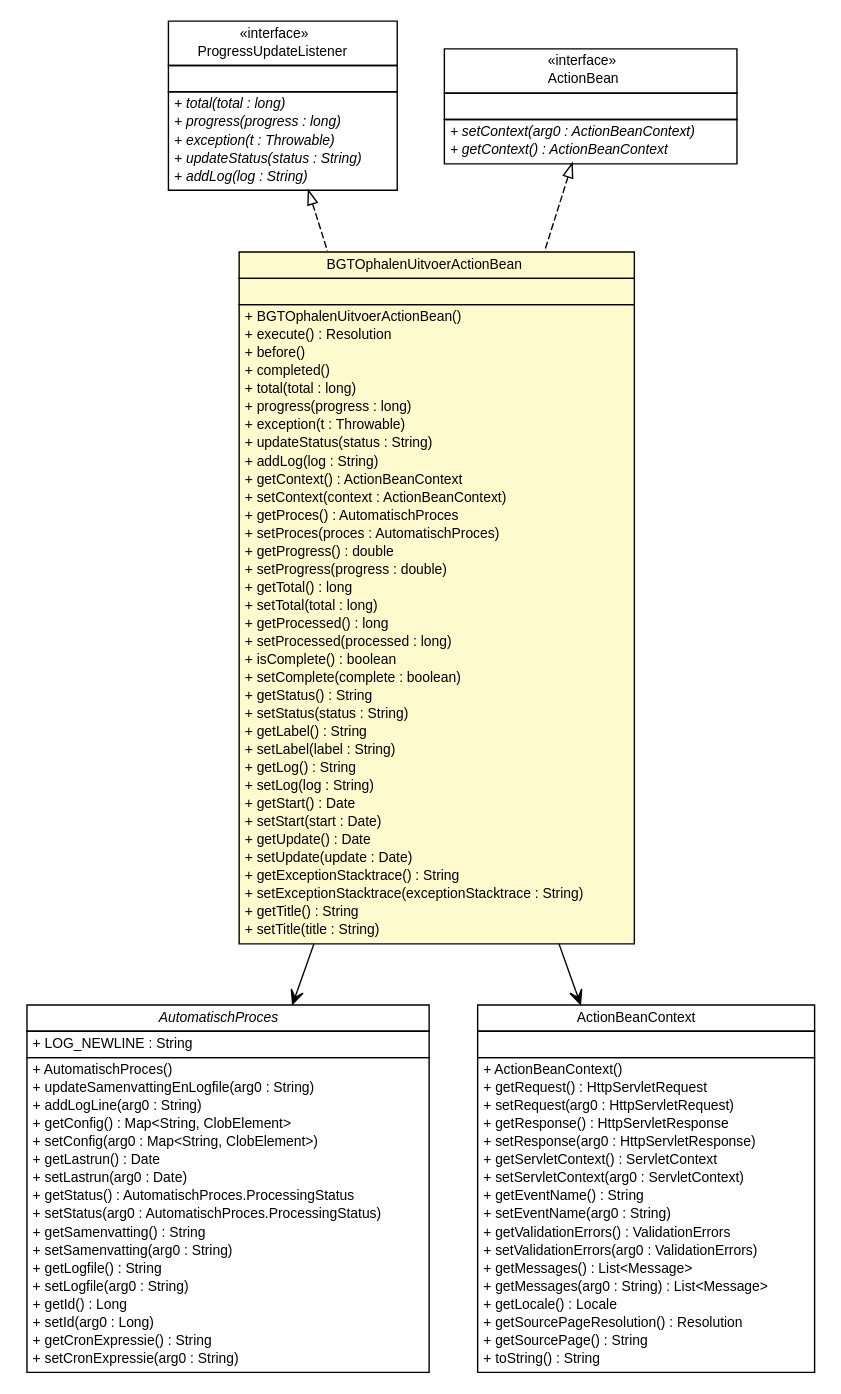
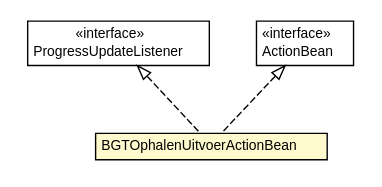
The diagram in brmo-service/apidocs/nl/b3p/brmo/service/stripes/BGTOphalenUitvoerActionBean.dot (B3Partners/brmo), drawn with Graphviz before and after one commit. The commit also changed 385 other files, not shown here.

```diff
--- a/brmo-service/apidocs/nl/b3p/brmo/service/stripes/BGTOphalenUitvoerActionBean.dot
+++ b/brmo-service/apidocs/nl/b3p/brmo/service/stripes/BGTOphalenUitvoerActionBean.dot
@@ -1,153 +1,36 @@
 #!/usr/local/bin/dot
 #
 # Class diagram 
 # Generated by UMLGraph version R5_6-24-gf6e263 (http://www.umlgraph.org/)
 #
 
 digraph G {
 	edge [fontname="Helvetica",fontsize=10,labelfontname="Helvetica",labelfontsize=10];
 	node [fontname="Helvetica",fontsize=10,shape=plaintext];
 	nodesep=0.25;
 	ranksep=0.5;
 	// nl.b3p.brmo.service.stripes.BGTOphalenUitvoerActionBean
-	c653 [label=<<table title="nl.b3p.brmo.service.stripes.BGTOphalenUitvoerActionBean" border="0" cellborder="1" cellspacing="0" cellpadding="2" port="p" bgcolor="lemonChiffon" href="./BGTOphalenUitvoerActionBean.html">
+	c613 [label=<<table title="nl.b3p.brmo.service.stripes.BGTOphalenUitvoerActionBean" border="0" cellborder="1" cellspacing="0" cellpadding="2" port="p" bgcolor="lemonChiffon" href="./BGTOphalenUitvoerActionBean.html">
 		<tr><td><table border="0" cellspacing="0" cellpadding="1">
 <tr><td align="center" balign="center"> BGTOphalenUitvoerActionBean </td></tr>
 		</table></td></tr>
-		<tr><td><table border="0" cellspacing="0" cellpadding="1">
-<tr><td align="left" balign="left">  </td></tr>
-		</table></td></tr>
-		<tr><td><table border="0" cellspacing="0" cellpadding="1">
-<tr><td align="left" balign="left"> + BGTOphalenUitvoerActionBean() </td></tr>
-<tr><td align="left" balign="left"> + execute() : Resolution </td></tr>
-<tr><td align="left" balign="left"> + before() </td></tr>
-<tr><td align="left" balign="left"> + completed() </td></tr>
-<tr><td align="left" balign="left"> + total(total : long) </td></tr>
-<tr><td align="left" balign="left"> + progress(progress : long) </td></tr>
-<tr><td align="left" balign="left"> + exception(t : Throwable) </td></tr>
-<tr><td align="left" balign="left"> + updateStatus(status : String) </td></tr>
-<tr><td align="left" balign="left"> + addLog(log : String) </td></tr>
-<tr><td align="left" balign="left"> + getContext() : ActionBeanContext </td></tr>
-<tr><td align="left" balign="left"> + setContext(context : ActionBeanContext) </td></tr>
-<tr><td align="left" balign="left"> + getProces() : AutomatischProces </td></tr>
-<tr><td align="left" balign="left"> + setProces(proces : AutomatischProces) </td></tr>
-<tr><td align="left" balign="left"> + getProgress() : double </td></tr>
-<tr><td align="left" balign="left"> + setProgress(progress : double) </td></tr>
-<tr><td align="left" balign="left"> + getTotal() : long </td></tr>
-<tr><td align="left" balign="left"> + setTotal(total : long) </td></tr>
-<tr><td align="left" balign="left"> + getProcessed() : long </td></tr>
-<tr><td align="left" balign="left"> + setProcessed(processed : long) </td></tr>
-<tr><td align="left" balign="left"> + isComplete() : boolean </td></tr>
-<tr><td align="left" balign="left"> + setComplete(complete : boolean) </td></tr>
-<tr><td align="left" balign="left"> + getStatus() : String </td></tr>
-<tr><td align="left" balign="left"> + setStatus(status : String) </td></tr>
-<tr><td align="left" balign="left"> + getLabel() : String </td></tr>
-<tr><td align="left" balign="left"> + setLabel(label : String) </td></tr>
-<tr><td align="left" balign="left"> + getLog() : String </td></tr>
-<tr><td align="left" balign="left"> + setLog(log : String) </td></tr>
-<tr><td align="left" balign="left"> + getStart() : Date </td></tr>
-<tr><td align="left" balign="left"> + setStart(start : Date) </td></tr>
-<tr><td align="left" balign="left"> + getUpdate() : Date </td></tr>
-<tr><td align="left" balign="left"> + setUpdate(update : Date) </td></tr>
-<tr><td align="left" balign="left"> + getExceptionStacktrace() : String </td></tr>
-<tr><td align="left" balign="left"> + setExceptionStacktrace(exceptionStacktrace : String) </td></tr>
-<tr><td align="left" balign="left"> + getTitle() : String </td></tr>
-<tr><td align="left" balign="left"> + setTitle(title : String) </td></tr>
-		</table></td></tr>
 		</table>>, URL="./BGTOphalenUitvoerActionBean.html", fontname="Helvetica", fontcolor="black", fontsize=10.0];
 	// nl.b3p.brmo.service.scanner.ProgressUpdateListener
-	c668 [label=<<table title="nl.b3p.brmo.service.scanner.ProgressUpdateListener" border="0" cellborder="1" cellspacing="0" cellpadding="2" port="p" href="../scanner/ProgressUpdateListener.html">
+	c628 [label=<<table title="nl.b3p.brmo.service.scanner.ProgressUpdateListener" border="0" cellborder="1" cellspacing="0" cellpadding="2" port="p" href="../scanner/ProgressUpdateListener.html">
 		<tr><td><table border="0" cellspacing="0" cellpadding="1">
 <tr><td align="center" balign="center"> &#171;interface&#187; </td></tr>
 <tr><td align="center" balign="center"> ProgressUpdateListener </td></tr>
 		</table></td></tr>
-		<tr><td><table border="0" cellspacing="0" cellpadding="1">
-<tr><td align="left" balign="left">  </td></tr>
-		</table></td></tr>
-		<tr><td><table border="0" cellspacing="0" cellpadding="1">
-<tr><td align="left" balign="left"><font face="Helvetica-Oblique" point-size="10.0"> + total(total : long) </font></td></tr>
-<tr><td align="left" balign="left"><font face="Helvetica-Oblique" point-size="10.0"> + progress(progress : long) </font></td></tr>
-<tr><td align="left" balign="left"><font face="Helvetica-Oblique" point-size="10.0"> + exception(t : Throwable) </font></td></tr>
-<tr><td align="left" balign="left"><font face="Helvetica-Oblique" point-size="10.0"> + updateStatus(status : String) </font></td></tr>
-<tr><td align="left" balign="left"><font face="Helvetica-Oblique" point-size="10.0"> + addLog(log : String) </font></td></tr>
-		</table></td></tr>
 		</table>>, URL="../scanner/ProgressUpdateListener.html", fontname="Helvetica", fontcolor="black", fontsize=10.0];
 	//nl.b3p.brmo.service.stripes.BGTOphalenUitvoerActionBean implements net.sourceforge.stripes.action.ActionBean
-	c682:p -> c653:p [dir=back,arrowtail=empty,style=dashed];
+	c642:p -> c613:p [dir=back,arrowtail=empty,style=dashed];
 	//nl.b3p.brmo.service.stripes.BGTOphalenUitvoerActionBean implements nl.b3p.brmo.service.scanner.ProgressUpdateListener
-	c668:p -> c653:p [dir=back,arrowtail=empty,style=dashed];
-	// nl.b3p.brmo.service.stripes.BGTOphalenUitvoerActionBean NAVASSOC nl.b3p.brmo.persistence.staging.AutomatischProces
-	c653:p -> c685:p [taillabel="", label="", headlabel="", fontname="Helvetica", fontcolor="black", fontsize=10.0, color="black", arrowhead=open];
-	// nl.b3p.brmo.service.stripes.BGTOphalenUitvoerActionBean NAVASSOC net.sourceforge.stripes.action.ActionBeanContext
-	c653:p -> c686:p [taillabel="", label="", headlabel="", fontname="Helvetica", fontcolor="black", fontsize=10.0, color="black", arrowhead=open];
+	c628:p -> c613:p [dir=back,arrowtail=empty,style=dashed];
 	// net.sourceforge.stripes.action.ActionBean
-	c682 [label=<<table title="net.sourceforge.stripes.action.ActionBean" border="0" cellborder="1" cellspacing="0" cellpadding="2" port="p">
+	c642 [label=<<table title="net.sourceforge.stripes.action.ActionBean" border="0" cellborder="1" cellspacing="0" cellpadding="2" port="p">
 		<tr><td><table border="0" cellspacing="0" cellpadding="1">
 <tr><td align="center" balign="center"> &#171;interface&#187; </td></tr>
 <tr><td align="center" balign="center"> ActionBean </td></tr>
 		</table></td></tr>
-		<tr><td><table border="0" cellspacing="0" cellpadding="1">
-<tr><td align="left" balign="left">  </td></tr>
-		</table></td></tr>
-		<tr><td><table border="0" cellspacing="0" cellpadding="1">
-<tr><td align="left" balign="left"><font face="Helvetica-Oblique" point-size="10.0"> + setContext(arg0 : ActionBeanContext) </font></td></tr>
-<tr><td align="left" balign="left"><font face="Helvetica-Oblique" point-size="10.0"> + getContext() : ActionBeanContext </font></td></tr>
-		</table></td></tr>
-		</table>>, URL="null", fontname="Helvetica", fontcolor="black", fontsize=10.0];
-	// net.sourceforge.stripes.action.ActionBeanContext
-	c686 [label=<<table title="net.sourceforge.stripes.action.ActionBeanContext" border="0" cellborder="1" cellspacing="0" cellpadding="2" port="p">
-		<tr><td><table border="0" cellspacing="0" cellpadding="1">
-<tr><td align="center" balign="center"> ActionBeanContext </td></tr>
-		</table></td></tr>
-		<tr><td><table border="0" cellspacing="0" cellpadding="1">
-<tr><td align="left" balign="left">  </td></tr>
-		</table></td></tr>
-		<tr><td><table border="0" cellspacing="0" cellpadding="1">
-<tr><td align="left" balign="left"> + ActionBeanContext() </td></tr>
-<tr><td align="left" balign="left"> + getRequest() : HttpServletRequest </td></tr>
-<tr><td align="left" balign="left"> + setRequest(arg0 : HttpServletRequest) </td></tr>
-<tr><td align="left" balign="left"> + getResponse() : HttpServletResponse </td></tr>
-<tr><td align="left" balign="left"> + setResponse(arg0 : HttpServletResponse) </td></tr>
-<tr><td align="left" balign="left"> + getServletContext() : ServletContext </td></tr>
-<tr><td align="left" balign="left"> + setServletContext(arg0 : ServletContext) </td></tr>
-<tr><td align="left" balign="left"> + getEventName() : String </td></tr>
-<tr><td align="left" balign="left"> + setEventName(arg0 : String) </td></tr>
-<tr><td align="left" balign="left"> + getValidationErrors() : ValidationErrors </td></tr>
-<tr><td align="left" balign="left"> + setValidationErrors(arg0 : ValidationErrors) </td></tr>
-<tr><td align="left" balign="left"> + getMessages() : List&lt;Message&gt; </td></tr>
-<tr><td align="left" balign="left"> + getMessages(arg0 : String) : List&lt;Message&gt; </td></tr>
-<tr><td align="left" balign="left"> + getLocale() : Locale </td></tr>
-<tr><td align="left" balign="left"> + getSourcePageResolution() : Resolution </td></tr>
-<tr><td align="left" balign="left"> + getSourcePage() : String </td></tr>
-<tr><td align="left" balign="left"> + toString() : String </td></tr>
-		</table></td></tr>
-		</table>>, URL="null", fontname="Helvetica", fontcolor="black", fontsize=10.0];
-	// nl.b3p.brmo.persistence.staging.AutomatischProces
-	c685 [label=<<table title="nl.b3p.brmo.persistence.staging.AutomatischProces" border="0" cellborder="1" cellspacing="0" cellpadding="2" port="p">
-		<tr><td><table border="0" cellspacing="0" cellpadding="1">
-<tr><td align="center" balign="center"><font face="Helvetica-Oblique"> AutomatischProces </font></td></tr>
-		</table></td></tr>
-		<tr><td><table border="0" cellspacing="0" cellpadding="1">
-<tr><td align="left" balign="left"> + LOG_NEWLINE : String </td></tr>
-		</table></td></tr>
-		<tr><td><table border="0" cellspacing="0" cellpadding="1">
-<tr><td align="left" balign="left"> + AutomatischProces() </td></tr>
-<tr><td align="left" balign="left"> + updateSamenvattingEnLogfile(arg0 : String) </td></tr>
-<tr><td align="left" balign="left"> + addLogLine(arg0 : String) </td></tr>
-<tr><td align="left" balign="left"> + getConfig() : Map&lt;String, ClobElement&gt; </td></tr>
-<tr><td align="left" balign="left"> + setConfig(arg0 : Map&lt;String, ClobElement&gt;) </td></tr>
-<tr><td align="left" balign="left"> + getLastrun() : Date </td></tr>
-<tr><td align="left" balign="left"> + setLastrun(arg0 : Date) </td></tr>
-<tr><td align="left" balign="left"> + getStatus() : AutomatischProces.ProcessingStatus </td></tr>
-<tr><td align="left" balign="left"> + setStatus(arg0 : AutomatischProces.ProcessingStatus) </td></tr>
-<tr><td align="left" balign="left"> + getSamenvatting() : String </td></tr>
-<tr><td align="left" balign="left"> + setSamenvatting(arg0 : String) </td></tr>
-<tr><td align="left" balign="left"> + getLogfile() : String </td></tr>
-<tr><td align="left" balign="left"> + setLogfile(arg0 : String) </td></tr>
-<tr><td align="left" balign="left"> + getId() : Long </td></tr>
-<tr><td align="left" balign="left"> + setId(arg0 : Long) </td></tr>
-<tr><td align="left" balign="left"> + getCronExpressie() : String </td></tr>
-<tr><td align="left" balign="left"> + setCronExpressie(arg0 : String) </td></tr>
-		</table></td></tr>
 		</table>>, URL="null", fontname="Helvetica", fontcolor="black", fontsize=10.0];
 }
```
